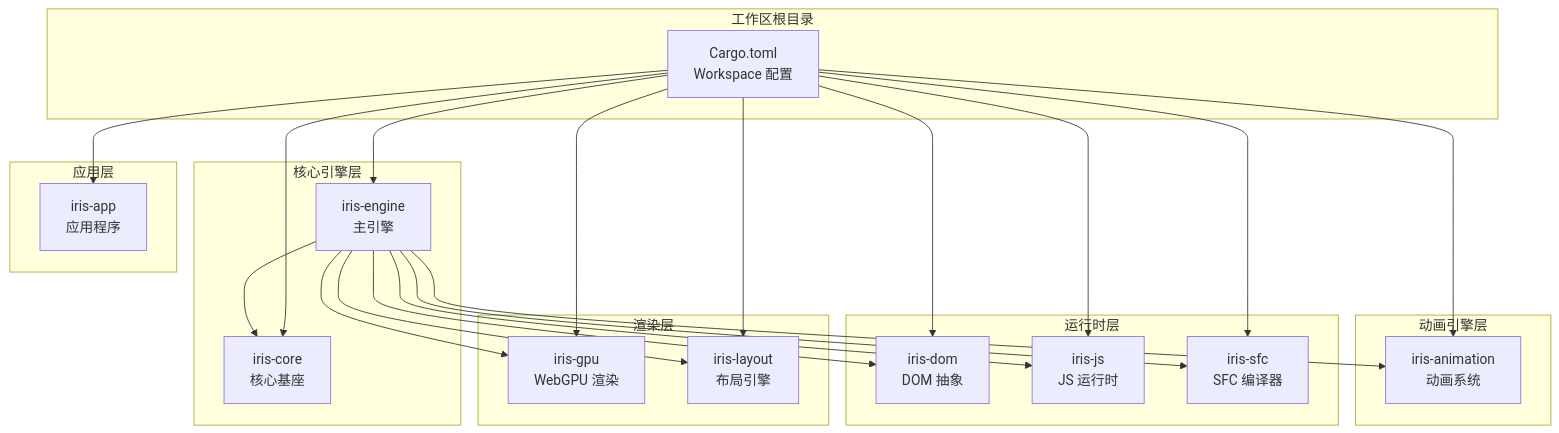
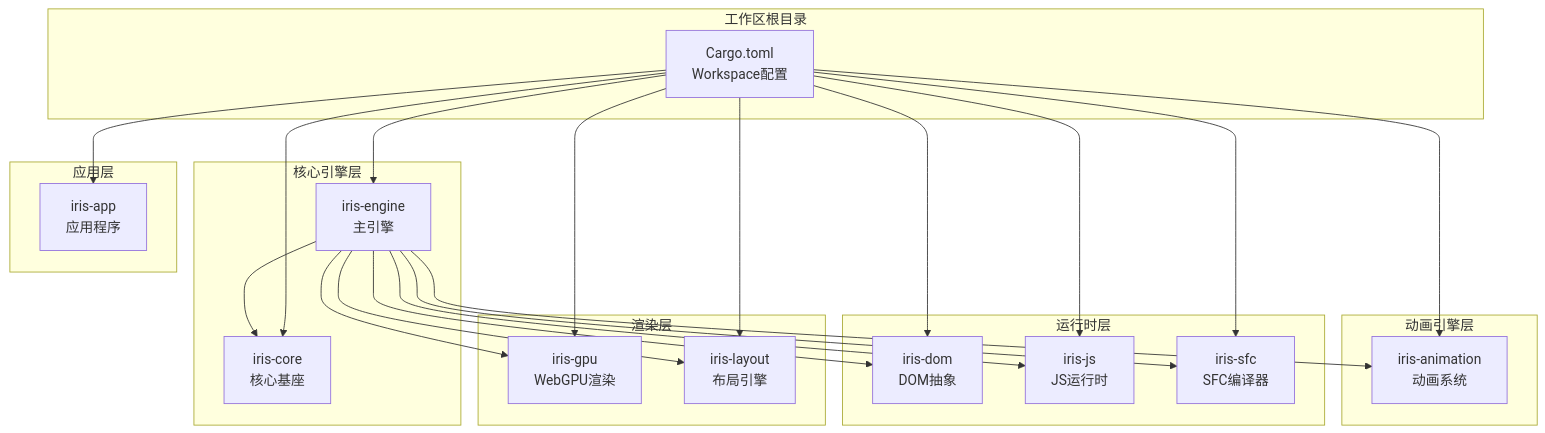
Before and after one commit to itszzl-sudo/iris: the first of 15 diagrams in .qoder/repowiki/zh/content/核心功能特性/工程化与商业化能力/测试框架与基础设施/测试框架与基础设施.md, drawn with Mermaid. The commit also changed other lines of this file and 4 other files, not shown here.

````diff
--- a/.qoder/repowiki/zh/content/核心功能特性/工程化与商业化能力/测试框架与基础设施/测试框架与基础设施.md
+++ b/.qoder/repowiki/zh/content/核心功能特性/工程化与商业化能力/测试框架与基础设施/测试框架与基础设施.md
@@ -56,41 +53,41 @@
 ```mermaid
 graph TB
 subgraph "工作区根目录"
-WS[Cargo.toml<br/>Workspace 配置]
+WS[Cargo.toml<br/>Workspace配置]
 end
 subgraph "核心引擎层"
 ENGINE[iris-engine<br/>主引擎]
 CORE[iris-core<br/>核心基座]
 end
 subgraph "渲染层"
-GPU[iris-gpu<br/>WebGPU 渲染]
+GPU[iris-gpu<br/>WebGPU渲染]
 LAYOUT[iris-layout<br/>布局引擎]
 end
 subgraph "运行时层"
-DOM[iris-dom<br/>DOM 抽象]
-JS[iris-js<br/>JS 运行时]
-SFC[iris-sfc<br/>SFC 编译器]
+DOM[iris-dom<br/>DOM抽象]
+JS[iris-js<br/>JS运行时]
+SFC[iris-sfc<br/>SFC编译器]
 end
 subgraph "应用层"
 APP[iris-app<br/>应用程序]
 end
 subgraph "动画引擎层"
 ANIMATION[iris-animation<br/>动画系统]
 end
 WS --> ENGINE
 WS --> CORE
 WS --> GPU
 WS --> LAYOUT
 WS --> DOM
 WS --> JS
 WS --> SFC
 WS --> APP
 WS --> ANIMATION
 ENGINE --> CORE
 ENGINE --> GPU
 ENGINE --> LAYOUT
 ENGINE --> DOM
 ENGINE --> JS
 ENGINE --> SFC
 ENGINE --> ANIMATION
 ```
````
